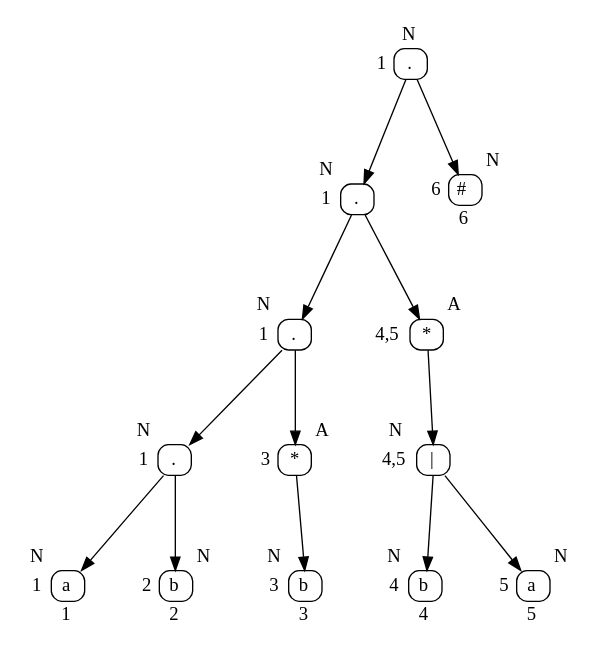
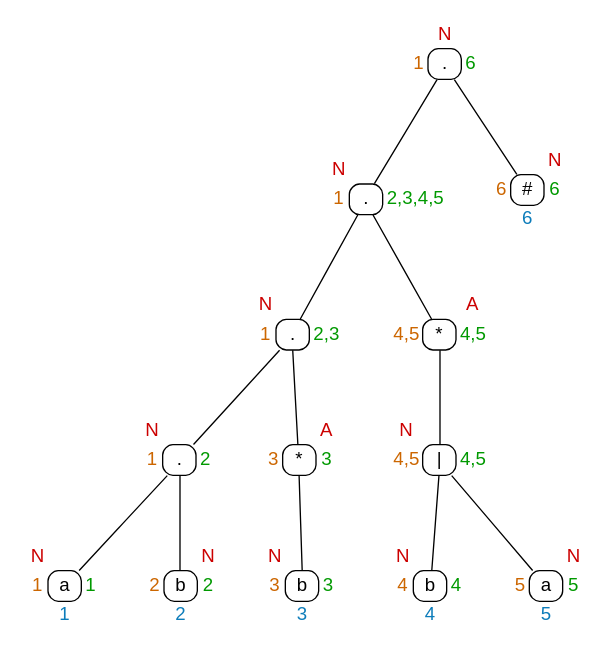
The diagram in Dot/Expresion1.dot (bryan967132/OLC1_Proyecto1_201908355), drawn with Graphviz before and after one commit. The commit also changed 2 other files, not shown here.

```diff
--- a/Dot/Expresion1.dot
+++ b/Dot/Expresion1.dot
@@ -1,28 +1,29 @@
 digraph Tree {
-	node[shape = plaintext];
-	node12[label=<<table border="0" cellspacing="0" cellpadding="3"><tr><td></td><td>N</td><td></td></tr><tr><td>1</td><td border="1" style="rounded" port="p12" width="25">.</td><td></td></tr><tr><td></td><td></td><td></td></tr></table>>];
-	node11[label=<<table border="0" cellspacing="0" cellpadding="3"><tr><td>N</td><td></td><td></td></tr><tr><td>1</td><td border="1" style="rounded" port="p11" width="25">.</td><td></td></tr><tr><td></td><td></td><td></td></tr></table>>];
-	node10[label=<<table border="0" cellspacing="0" cellpadding="3"><tr><td>N</td><td></td><td></td></tr><tr><td>1</td><td border="1" style="rounded" port="p10" width="25">.</td><td></td></tr><tr><td></td><td></td><td></td></tr></table>>];
-	node9[label=<<table border="0" cellspacing="0" cellpadding="3"><tr><td>N</td><td></td><td></td></tr><tr><td>1</td><td border="1" style="rounded" port="p9" width="25">.</td><td></td></tr><tr><td></td><td></td><td></td></tr></table>>];
-	node8[label=<<table border="0" cellspacing="0" cellpadding="3"><tr><td>N</td><td></td><td></td></tr><tr><td>1</td><td border="1" style="rounded" port="p8" width="25">a</td><td></td></tr><tr><td></td><td>1</td><td></td></tr></table>>];
+	node[shape = plaintext fontname="Arial"];
+	edge[dir = none];
+	node12[label=<<table border="0" cellspacing="0" cellpadding="3"><tr><td></td><td><font color="#CC0000">N</font></td><td></td></tr><tr><td><font color="#CC6600">1</font></td><td border="1" style="rounded" port="p12" width="25">.</td><td><font color="#009900">6</font></td></tr><tr><td></td><td></td><td></td></tr></table>>];
+	node11[label=<<table border="0" cellspacing="0" cellpadding="3"><tr><td><font color="#CC0000">N</font></td><td></td><td></td></tr><tr><td><font color="#CC6600">1</font></td><td border="1" style="rounded" port="p11" width="25">.</td><td><font color="#009900">2,3,4,5</font></td></tr><tr><td></td><td></td><td></td></tr></table>>];
+	node10[label=<<table border="0" cellspacing="0" cellpadding="3"><tr><td><font color="#CC0000">N</font></td><td></td><td></td></tr><tr><td><font color="#CC6600">1</font></td><td border="1" style="rounded" port="p10" width="25">.</td><td><font color="#009900">2,3</font></td></tr><tr><td></td><td></td><td></td></tr></table>>];
+	node9[label=<<table border="0" cellspacing="0" cellpadding="3"><tr><td><font color="#CC0000">N</font></td><td></td><td></td></tr><tr><td><font color="#CC6600">1</font></td><td border="1" style="rounded" port="p9" width="25">.</td><td><font color="#009900">2</font></td></tr><tr><td></td><td></td><td></td></tr></table>>];
+	node8[label=<<table border="0" cellspacing="0" cellpadding="3"><tr><td><font color="#CC0000">N</font></td><td></td><td></td></tr><tr><td><font color="#CC6600">1</font></td><td border="1" style="rounded" port="p8" width="25">a</td><td><font color="#009900">1</font></td></tr><tr><td></td><td><font color="#0C7CBA">1</font></td><td></td></tr></table>>];
 	node9:p9 -> node8:p8;
-	node7[label=<<table border="0" cellspacing="0" cellpadding="3"><tr><td></td><td></td><td>N</td></tr><tr><td>2</td><td border="1" style="rounded" port="p7" width="25">b</td><td></td></tr><tr><td></td><td>2</td><td></td></tr></table>>];
+	node7[label=<<table border="0" cellspacing="0" cellpadding="3"><tr><td></td><td></td><td><font color="#CC0000">N</font></td></tr><tr><td><font color="#CC6600">2</font></td><td border="1" style="rounded" port="p7" width="25">b</td><td><font color="#009900">2</font></td></tr><tr><td></td><td><font color="#0C7CBA">2</font></td><td></td></tr></table>>];
 	node9:p9 -> node7:p7;
 	node10:p10 -> node9:p9;
-	node6[label=<<table border="0" cellspacing="0" cellpadding="3"><tr><td></td><td></td><td>A</td></tr><tr><td>3</td><td border="1" style="rounded" port="p6" width="25">*</td><td></td></tr><tr><td></td><td></td><td></td></tr></table>>];
-	node5[label=<<table border="0" cellspacing="0" cellpadding="3"><tr><td>N</td><td></td><td></td></tr><tr><td>3</td><td border="1" style="rounded" port="p5" width="25">b</td><td></td></tr><tr><td></td><td>3</td><td></td></tr></table>>];
+	node6[label=<<table border="0" cellspacing="0" cellpadding="3"><tr><td></td><td></td><td><font color="#CC0000">A</font></td></tr><tr><td><font color="#CC6600">3</font></td><td border="1" style="rounded" port="p6" width="25">*</td><td><font color="#009900">3</font></td></tr><tr><td></td><td></td><td></td></tr></table>>];
+	node5[label=<<table border="0" cellspacing="0" cellpadding="3"><tr><td><font color="#CC0000">N</font></td><td></td><td></td></tr><tr><td><font color="#CC6600">3</font></td><td border="1" style="rounded" port="p5" width="25">b</td><td><font color="#009900">3</font></td></tr><tr><td></td><td><font color="#0C7CBA">3</font></td><td></td></tr></table>>];
 	node6:p6 -> node5:p5;
 	node10:p10 -> node6:p6;
 	node11:p11 -> node10:p10;
-	node4[label=<<table border="0" cellspacing="0" cellpadding="3"><tr><td></td><td></td><td>A</td></tr><tr><td>4,5</td><td border="1" style="rounded" port="p4" width="25">*</td><td></td></tr><tr><td></td><td></td><td></td></tr></table>>];
-	node3[label=<<table border="0" cellspacing="0" cellpadding="3"><tr><td>N</td><td></td><td></td></tr><tr><td>4,5</td><td border="1" style="rounded" port="p3" width="25">|</td><td></td></tr><tr><td></td><td></td><td></td></tr></table>>];
-	node2[label=<<table border="0" cellspacing="0" cellpadding="3"><tr><td>N</td><td></td><td></td></tr><tr><td>4</td><td border="1" style="rounded" port="p2" width="25">b</td><td></td></tr><tr><td></td><td>4</td><td></td></tr></table>>];
+	node4[label=<<table border="0" cellspacing="0" cellpadding="3"><tr><td></td><td></td><td><font color="#CC0000">A</font></td></tr><tr><td><font color="#CC6600">4,5</font></td><td border="1" style="rounded" port="p4" width="25">*</td><td><font color="#009900">4,5</font></td></tr><tr><td></td><td></td><td></td></tr></table>>];
+	node3[label=<<table border="0" cellspacing="0" cellpadding="3"><tr><td><font color="#CC0000">N</font></td><td></td><td></td></tr><tr><td><font color="#CC6600">4,5</font></td><td border="1" style="rounded" port="p3" width="25">|</td><td><font color="#009900">4,5</font></td></tr><tr><td></td><td></td><td></td></tr></table>>];
+	node2[label=<<table border="0" cellspacing="0" cellpadding="3"><tr><td><font color="#CC0000">N</font></td><td></td><td></td></tr><tr><td><font color="#CC6600">4</font></td><td border="1" style="rounded" port="p2" width="25">b</td><td><font color="#009900">4</font></td></tr><tr><td></td><td><font color="#0C7CBA">4</font></td><td></td></tr></table>>];
 	node3:p3 -> node2:p2;
-	node1[label=<<table border="0" cellspacing="0" cellpadding="3"><tr><td></td><td></td><td>N</td></tr><tr><td>5</td><td border="1" style="rounded" port="p1" width="25">a</td><td></td></tr><tr><td></td><td>5</td><td></td></tr></table>>];
+	node1[label=<<table border="0" cellspacing="0" cellpadding="3"><tr><td></td><td></td><td><font color="#CC0000">N</font></td></tr><tr><td><font color="#CC6600">5</font></td><td border="1" style="rounded" port="p1" width="25">a</td><td><font color="#009900">5</font></td></tr><tr><td></td><td><font color="#0C7CBA">5</font></td><td></td></tr></table>>];
 	node3:p3 -> node1:p1;
 	node4:p4 -> node3:p3;
 	node11:p11 -> node4:p4;
 	node12:p12 -> node11:p11;
-	node0[label=<<table border="0" cellspacing="0" cellpadding="3"><tr><td></td><td></td><td>N</td></tr><tr><td>6</td><td border="1" style="rounded" port="p0" width="25">#</td><td></td></tr><tr><td></td><td>6</td><td></td></tr></table>>];
+	node0[label=<<table border="0" cellspacing="0" cellpadding="3"><tr><td></td><td></td><td><font color="#CC0000">N</font></td></tr><tr><td><font color="#CC6600">6</font></td><td border="1" style="rounded" port="p0" width="25">#</td><td><font color="#009900">6</font></td></tr><tr><td></td><td><font color="#0C7CBA">6</font></td><td></td></tr></table>>];
 	node12:p12 -> node0:p0;
 }
```
